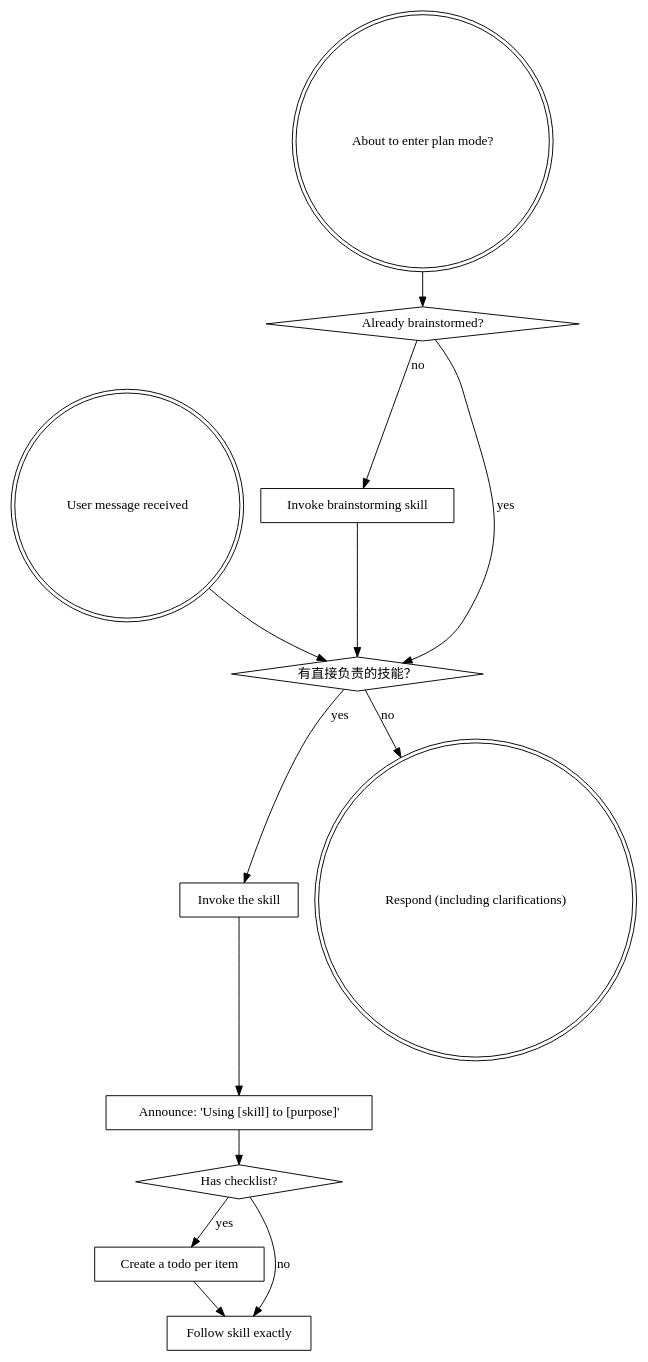
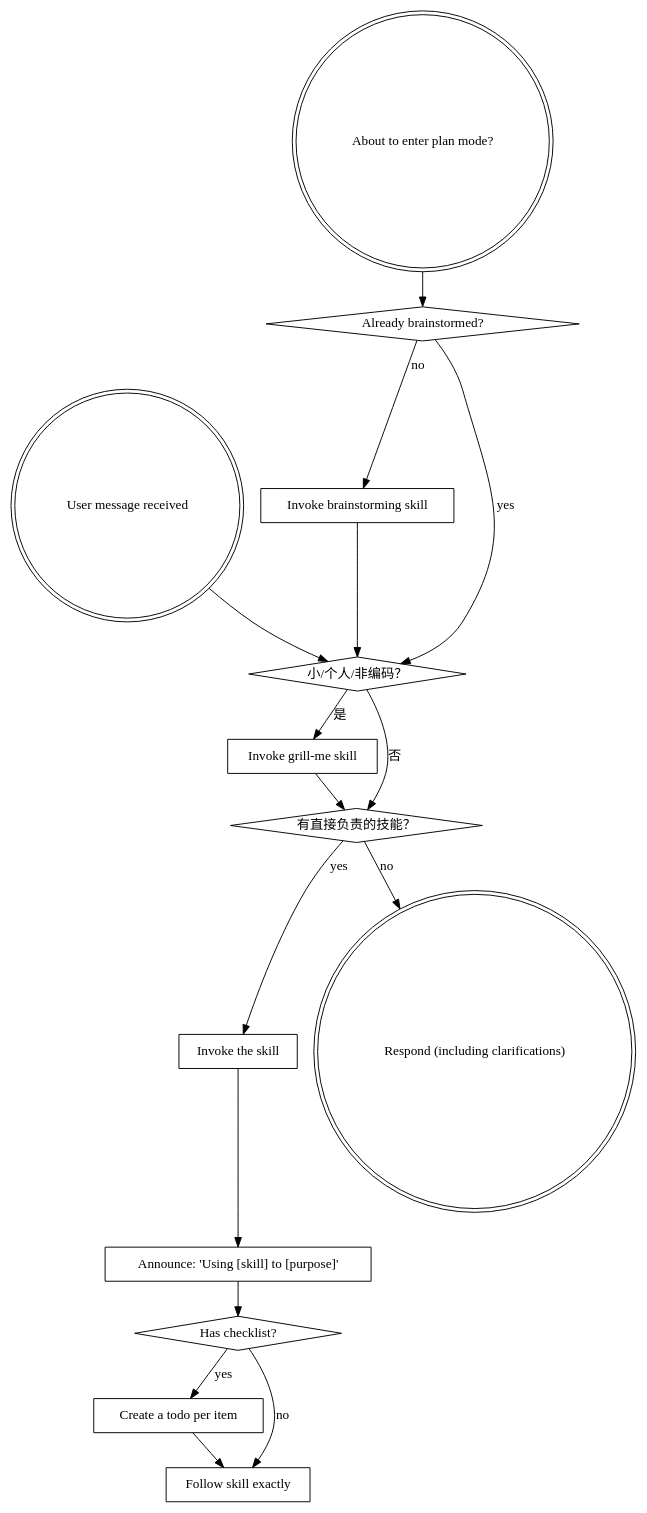
Before and after one commit to 5575xyx/superpowers: the diagram in skills/using-powersnexus/SKILL.md, drawn with Graphviz. The commit also changed other lines of this file and 21 other files, not shown here.

````diff
--- a/skills/using-powersnexus/SKILL.md
+++ b/skills/using-powersnexus/SKILL.md
@@ -64,29 +77,34 @@
 ```dot
 digraph skill_flow {
     "User message received" [shape=doublecircle];
     "About to enter plan mode?" [shape=doublecircle];
     "Already brainstormed?" [shape=diamond];
     "Invoke brainstorming skill" [shape=box];
+    "小/个人/非编码？" [shape=diamond];
+    "Invoke grill-me skill" [shape=box];
     "有直接负责的技能？" [shape=diamond];
     "Invoke the skill" [shape=box];
     "Announce: 'Using [skill] to [purpose]'" [shape=box];
     "Has checklist?" [shape=diamond];
     "Create a todo per item" [shape=box];
     "Follow skill exactly" [shape=box];
     "Respond (including clarifications)" [shape=doublecircle];
 
     "About to enter plan mode?" -> "Already brainstormed?";
     "Already brainstormed?" -> "Invoke brainstorming skill" [label="no"];
-    "Already brainstormed?" -> "有直接负责的技能？" [label="yes"];
-    "Invoke brainstorming skill" -> "有直接负责的技能？";
+    "Already brainstormed?" -> "小/个人/非编码？" [label="yes"];
+    "Invoke brainstorming skill" -> "小/个人/非编码？";
+    "小/个人/非编码？" -> "Invoke grill-me skill" [label="是"];
+    "小/个人/非编码？" -> "有直接负责的技能？" [label="否"];
 
-    "User message received" -> "有直接负责的技能？";
+    "User message received" -> "小/个人/非编码？";
+    "Invoke grill-me skill" -> "有直接负责的技能？";
     "有直接负责的技能？" -> "Invoke the skill" [label="yes"];
     "有直接负责的技能？" -> "Respond (including clarifications)" [label="no"];
     "Invoke the skill" -> "Announce: 'Using [skill] to [purpose]'";
     "Announce: 'Using [skill] to [purpose]'" -> "Has checklist?";
     "Has checklist?" -> "Create a todo per item" [label="yes"];
     "Has checklist?" -> "Follow skill exactly" [label="no"];
     "Create a todo per item" -> "Follow skill exactly";
 }
 ```
````
